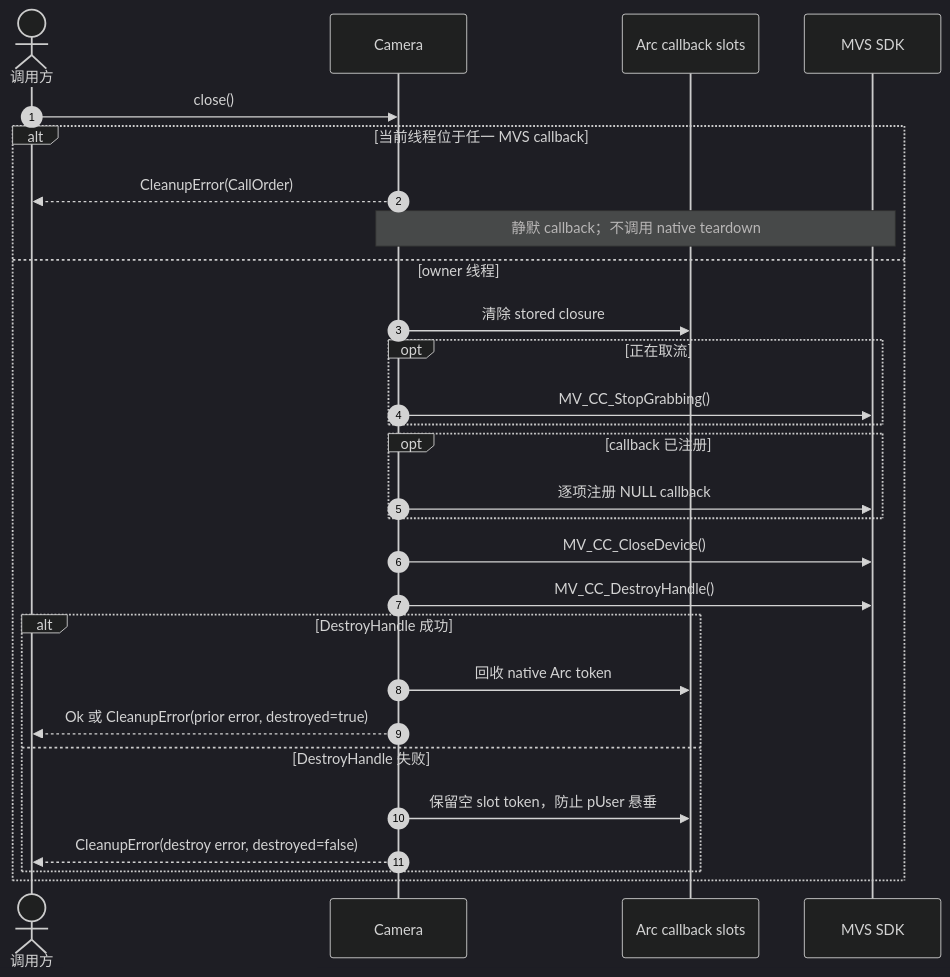
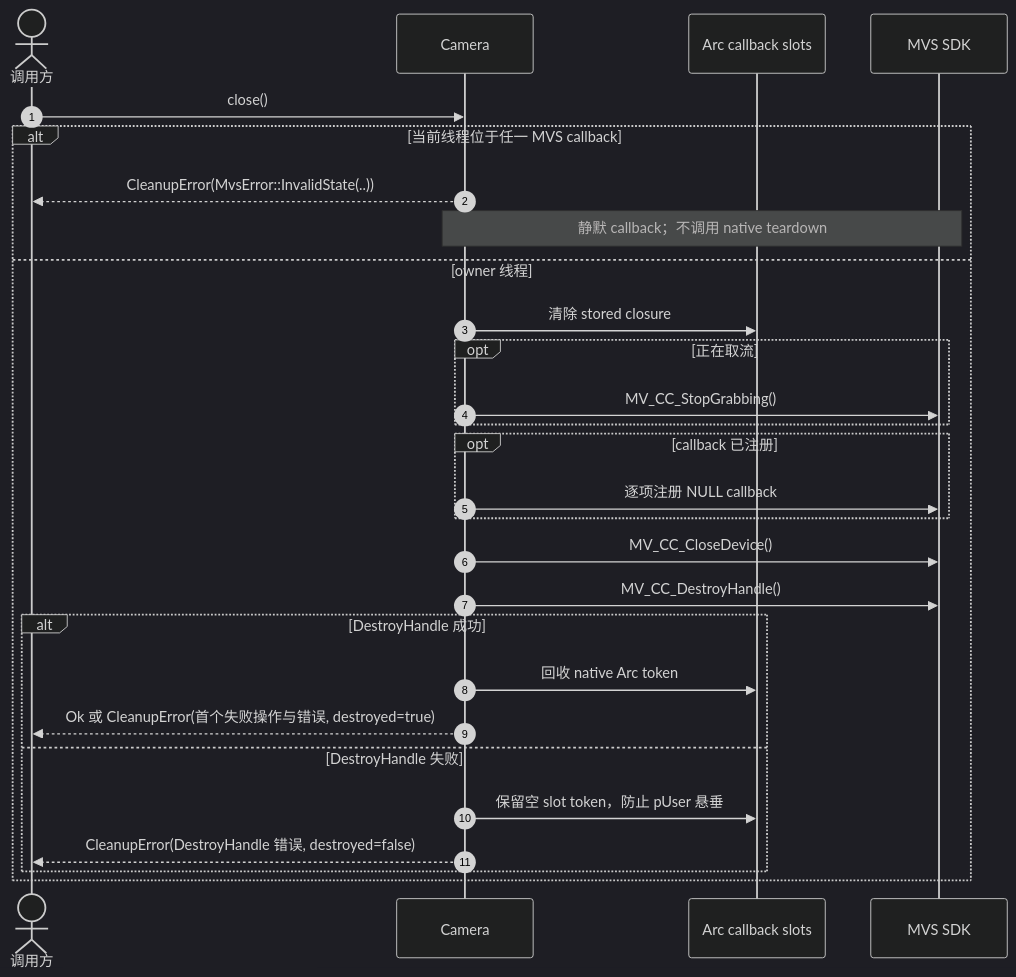
One commit to JSB-Unscarred/mvs-sdk-rs changed the diagram in 时序图/Camera显式关闭与Drop兜底.md. Above: the diagram before and after it, drawn with Mermaid (dark theme). The commit also changed other lines of this file and 12 other files, not shown here.

````diff
--- a/时序图/Camera显式关闭与Drop兜底.md
+++ b/时序图/Camera显式关闭与Drop兜底.md
@@ -3,31 +3,31 @@
 ```mermaid
 sequenceDiagram
     autonumber
     actor Caller as 调用方
     participant Camera as Camera
     participant Slots as Arc callback slots
     participant Native as MVS SDK
 
     Caller->>Camera: close()
     alt 当前线程位于任一 MVS callback
-        Camera-->>Caller: CleanupError(CallOrder)
+        Camera-->>Caller: CleanupError(MvsError::InvalidState(..))
         Note over Camera,Native: 静默 callback；不调用 native teardown
     else owner 线程
         Camera->>Slots: 清除 stored closure
         opt 正在取流
             Camera->>Native: MV_CC_StopGrabbing()
         end
         opt callback 已注册
             Camera->>Native: 逐项注册 NULL callback
         end
         Camera->>Native: MV_CC_CloseDevice()
         Camera->>Native: MV_CC_DestroyHandle()
         alt DestroyHandle 成功
             Camera->>Slots: 回收 native Arc token
-            Camera-->>Caller: Ok 或 CleanupError(prior error, destroyed=true)
+            Camera-->>Caller: Ok 或 CleanupError(首个失败操作与错误, destroyed=true)
         else DestroyHandle 失败
             Camera->>Slots: 保留空 slot token，防止 pUser 悬垂
-            Camera-->>Caller: CleanupError(destroy error, destroyed=false)
+            Camera-->>Caller: CleanupError(DestroyHandle 错误, destroyed=false)
         end
     end
 ```
````
